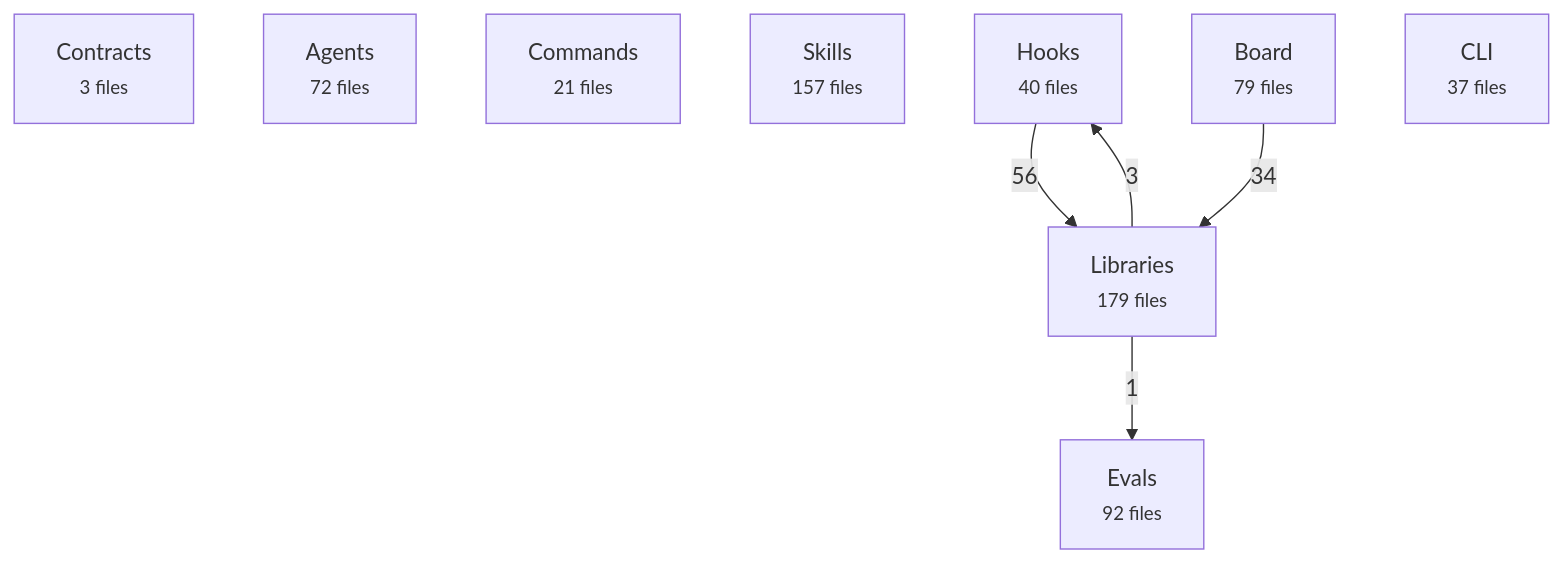
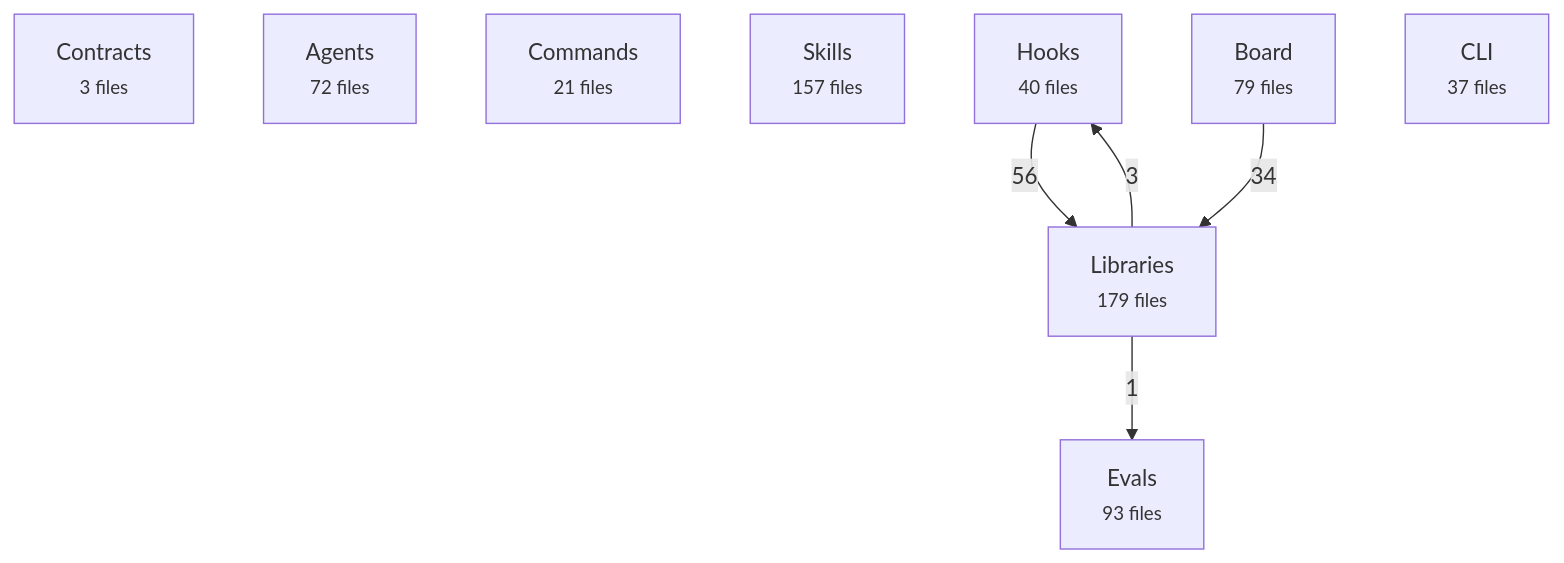
Before and after one commit to avelikiy/great_cto: the first of 2 diagrams in docs/reference/architecture-map.md, drawn with Mermaid. The commit also changed other lines of this file and 6 other files, not shown here.

````diff
--- a/docs/reference/architecture-map.md
+++ b/docs/reference/architecture-map.md
@@ -20,16 +20,16 @@
 ```mermaid
 flowchart TD
   contracts["Contracts<br/><small>3 files</small>"]
   agents["Agents<br/><small>72 files</small>"]
   commands["Commands<br/><small>21 files</small>"]
   skills["Skills<br/><small>157 files</small>"]
   hooks["Hooks<br/><small>40 files</small>"]
   libs["Libraries<br/><small>179 files</small>"]
   board["Board<br/><small>79 files</small>"]
   cli["CLI<br/><small>37 files</small>"]
-  evals["Evals<br/><small>92 files</small>"]
+  evals["Evals<br/><small>93 files</small>"]
   hooks -->|56| libs
   board -->|34| libs
   libs -->|3| hooks
   libs -->|1| evals
 ```
````
